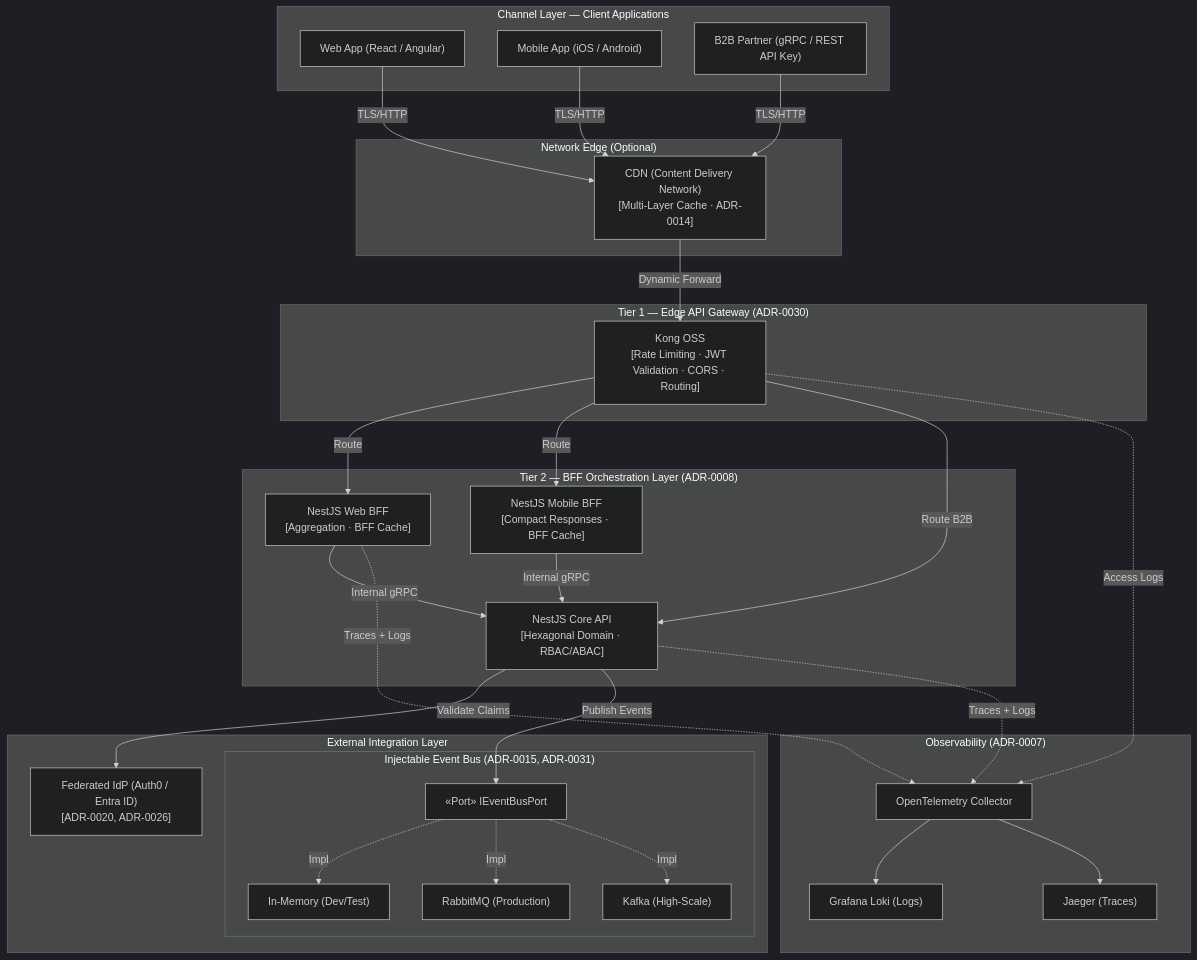
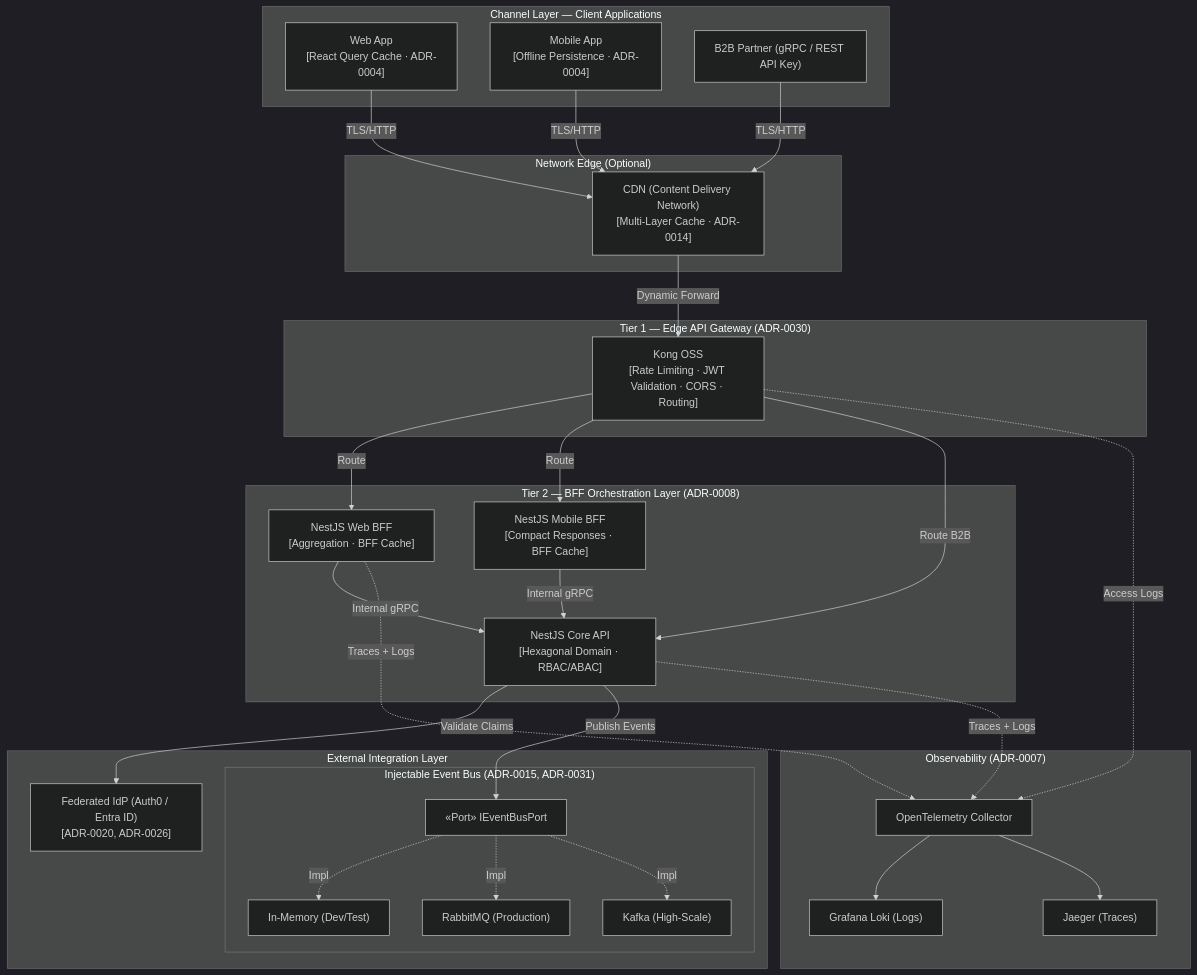
One commit to beyondnetcode/arc32_progresive_monolith changed the first of 6 diagrams in arc-nodejs-workspace/docs/02-architecture/reference-architecture-nodejs-arc42.md. Above: the diagram before and after it, drawn with Mermaid (dark theme). The commit also changed other lines of this file and 1 other file, not shown here.

Commit message:
docs(arch): formalize 4-Tier caching strategy by propagating Client-Side Offline Storage nodes into master C4 views, sequence flow, and quality tables

````diff
--- a/arc-nodejs-workspace/docs/02-architecture/reference-architecture-nodejs-arc42.md
+++ b/arc-nodejs-workspace/docs/02-architecture/reference-architecture-nodejs-arc42.md
@@ -56,61 +56,61 @@
 ```mermaid
 graph TD
     subgraph Clients["Channel Layer — Client Applications"]
-        WebApp["Web App (React / Angular)"]
-        MobileApp["Mobile App (iOS / Android)"]
+        WebApp["Web App\n[React Query Cache · ADR-0004]"]
+        MobileApp["Mobile App\n[Offline Persistence · ADR-0004]"]
         B2B["B2B Partner (gRPC / REST API Key)"]
     end
 
     subgraph NetEdge["Network Edge (Optional)"]
         CDN["CDN (Content Delivery Network)\n[Multi-Layer Cache · ADR-0014]"]
     end
 
     subgraph Tier1["Tier 1 — Edge API Gateway (ADR-0030)"]
         Kong["Kong OSS\n[Rate Limiting · JWT Validation · CORS · Routing]"]
     end
 
     subgraph Tier2["Tier 2 — BFF Orchestration Layer (ADR-0008)"]
         WebBFF["NestJS Web BFF\n[Aggregation · BFF Cache]"]
         MobileBFF["NestJS Mobile BFF\n[Compact Responses · BFF Cache]"]
         CoreAPI["NestJS Core API\n[Hexagonal Domain · RBAC/ABAC]"]
     end
 
     subgraph ExternalIntegrations["External Integration Layer"]
         IdP["Federated IdP (Auth0 / Entra ID)\n[ADR-0020, ADR-0026]"]
         
         subgraph EventBusAbstraction["Injectable Event Bus (ADR-0015, ADR-0031)"]
             IBusPort["«Port» IEventBusPort"]
             InMemory["In-Memory (Dev/Test)"]
             RabbitMQ["RabbitMQ (Production)"]
             Kafka["Kafka (High-Scale)"]
             IBusPort -.->|Impl| InMemory
             IBusPort -.->|Impl| RabbitMQ
             IBusPort -.->|Impl| Kafka
         end
     end
 
     subgraph ObsLayer["Observability (ADR-0007)"]
         OTel["OpenTelemetry Collector"]
         Loki["Grafana Loki (Logs)"]
         Jaeger["Jaeger (Traces)"]
         OTel --> Loki
         OTel --> Jaeger
     end
 
     WebApp & MobileApp & B2B -->|TLS/HTTP| CDN
     CDN -->|Dynamic Forward| Kong
 
     Kong -->|Route| WebBFF
     Kong -->|Route| MobileBFF
     Kong -->|Route B2B| CoreAPI
 
     WebBFF -->|Internal gRPC| CoreAPI
     MobileBFF -->|Internal gRPC| CoreAPI
 
     CoreAPI -->|Validate Claims| IdP
     CoreAPI -->|Publish Events| IBusPort
 
     CoreAPI -.->|Traces + Logs| OTel
     WebBFF -.->|Traces + Logs| OTel
     Kong -.->|Access Logs| OTel
 ```
````
